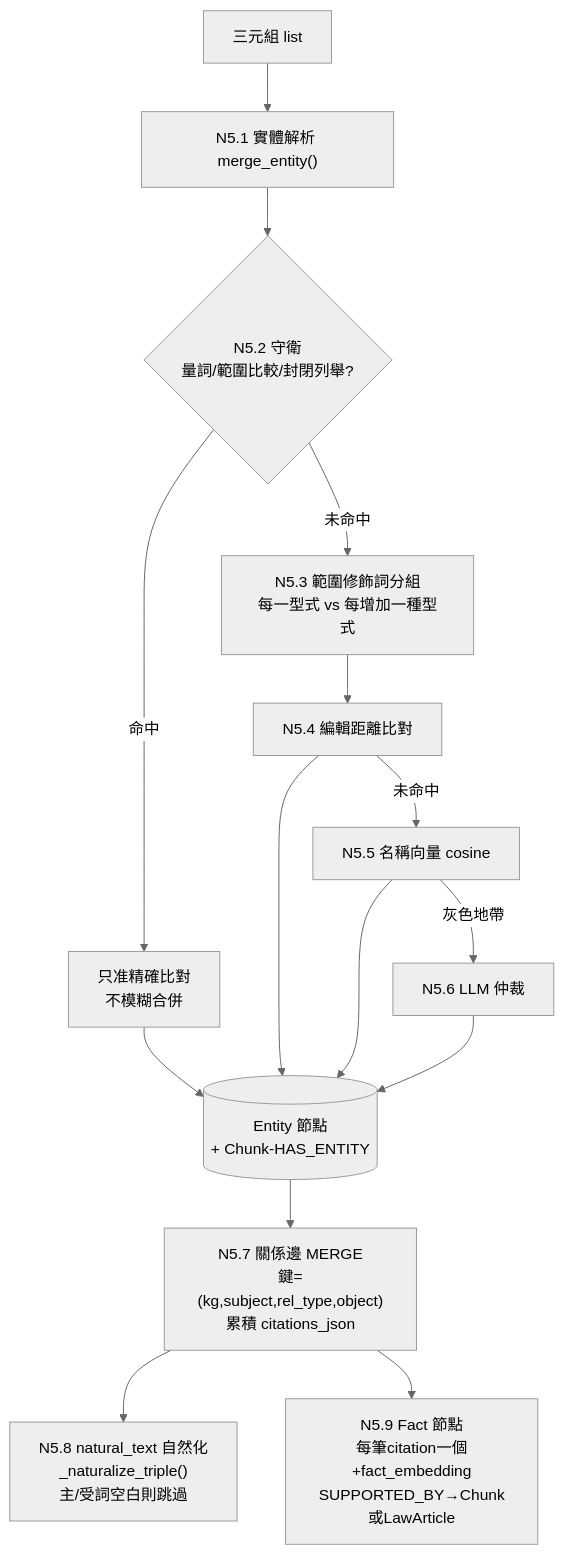
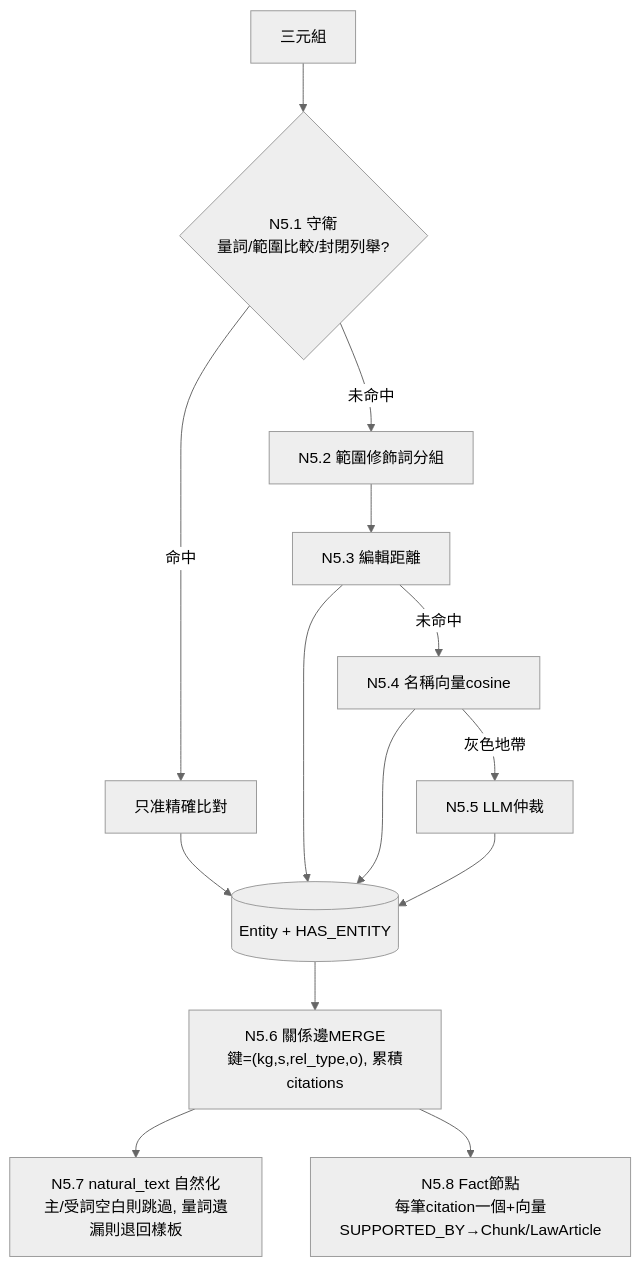
One commit to Chester930/world-knowledge-graph-rag changed the seventh of 13 diagrams in docs/報告/95_專案節點流程總覽與設計說明.md. Above: the diagram before and after it, drawn with Mermaid (neutral theme). The commit also changed other lines of this file and 1 other file, not shown here.

````diff
--- a/docs/報告/95_專案節點流程總覽與設計說明.md
+++ b/docs/報告/95_專案節點流程總覽與設計說明.md
@@ -281,14 +238,11 @@
 ```mermaid
 flowchart TD
-    IN["三元組 list"] --> ME["N5.1 實體解析 merge_entity()"]
-    ME --> G{"N5.2 守衛<br/>量詞/範圍比較/封閉列舉?"}
-    G -- "命中" --> EX["只准精確比對<br/>不模糊合併"]
-    G -- "未命中" --> SM["N5.3 範圍修飾詞分組<br/>每一型式 vs 每增加一種型式"]
-    SM --> D1["N5.4 編輯距離比對"]
-    D1 -- "未命中" --> D2["N5.5 名稱向量 cosine"]
-    D2 -- "灰色地帶" --> D3["N5.6 LLM 仲裁"]
-    EX & D1 & D2 & D3 --> EN[("Entity 節點<br/>+ Chunk-HAS_ENTITY")]
-    EN --> RE["N5.7 關係邊 MERGE<br/>鍵=(kg,subject,rel_type,object)<br/>累積 citations_json"]
-    RE --> NT["N5.8 natural_text 自然化<br/>_naturalize_triple()<br/>主/受詞空白則跳過"]
-    RE --> FN["N5.9 Fact 節點<br/>每筆citation一個+fact_embedding<br/>SUPPORTED_BY→Chunk或LawArticle"]
+    IN["三元組"] --> G{"N5.1 守衛<br/>量詞/範圍比較/封閉列舉?"}
+    G -- "命中" --> EX["只准精確比對"]
+    G -- "未命中" --> SM["N5.2 範圍修飾詞分組"]
+    SM --> D1["N5.3 編輯距離"] -- "未命中" --> D2["N5.4 名稱向量cosine"] -- "灰色地帶" --> D3["N5.5 LLM仲裁"]
+    EX & D1 & D2 & D3 --> EN[("Entity + HAS_ENTITY")]
+    EN --> RE["N5.6 關係邊MERGE<br/>鍵=(kg,s,rel_type,o), 累積citations"]
+    RE --> NT["N5.7 natural_text 自然化<br/>主/受詞空白則跳過, 量詞遺漏則退回樣板"]
+    RE --> FN["N5.8 Fact節點<br/>每筆citation一個+向量<br/>SUPPORTED_BY→Chunk/LawArticle"]
 ```
````
